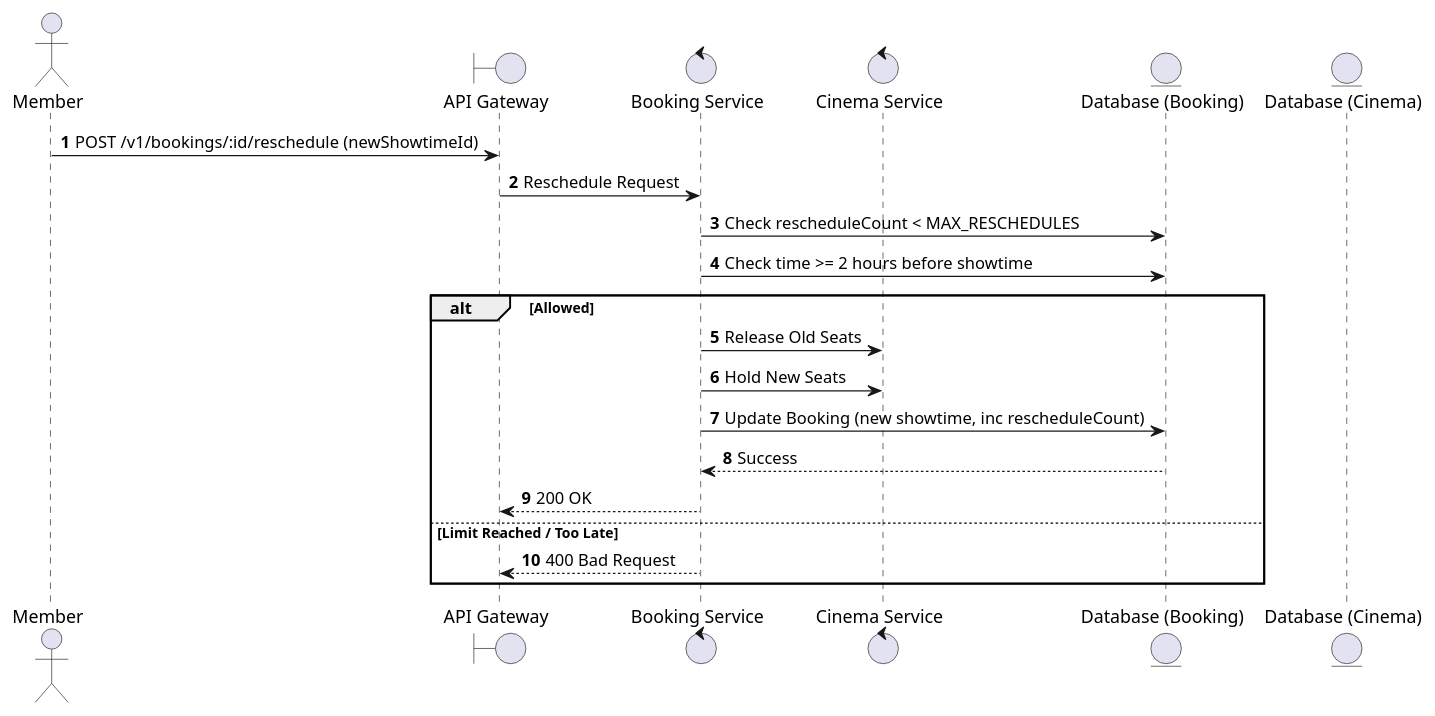
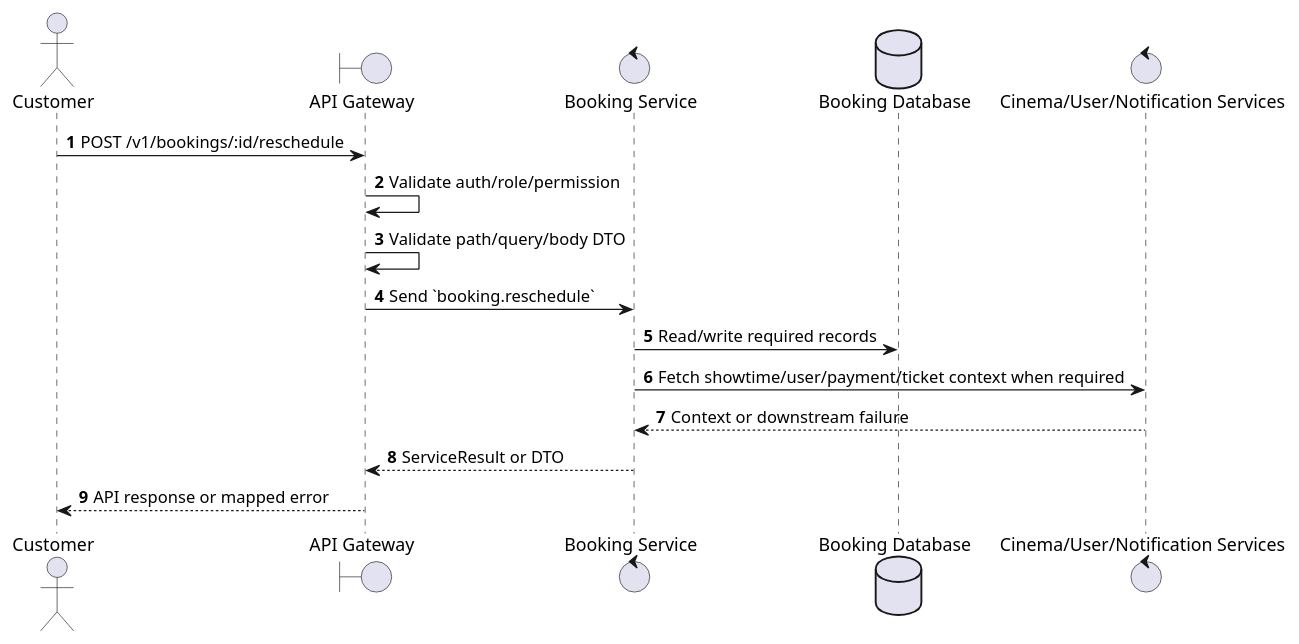
Before and after one commit to Tanh1603/movie-hub-architecture: the first of 2 diagrams in docs/functional_specs/3.5.1_User_Booking_Operations/BK-07_Reschedule_Booking.md, drawn with PlantUML. The commit also changed other lines of this file and 126 other files, not shown here.

````diff
--- a/docs/functional_specs/3.5.1_User_Booking_Operations/BK-07_Reschedule_Booking.md
+++ b/docs/functional_specs/3.5.1_User_Booking_Operations/BK-07_Reschedule_Booking.md
@@ -17,25 +17,20 @@
 ```plantuml
 @startuml
 autonumber
-actor Member
+actor "Customer" as Actor
 boundary "API Gateway" as GW
-control "Booking Service" as BS
-control "Cinema Service" as CS
-entity "Database (Booking)" as DB_B
-entity "Database (Cinema)" as DB_C
+control "Booking Service" as SVC
+database "Booking Database" as DB
+control "Cinema/User/Notification Services" as EXT
 
-Member -> GW: POST /v1/bookings/:id/reschedule (newShowtimeId)
-GW -> BS: Reschedule Request
-BS -> DB_B: Check rescheduleCount < MAX_RESCHEDULES
-BS -> DB_B: Check time >= 2 hours before showtime
-alt Allowed
-    BS -> CS: Release Old Seats
-    BS -> CS: Hold New Seats
-    BS -> DB_B: Update Booking (new showtime, inc rescheduleCount)
-    DB_B --> BS: Success
-    BS --> GW: 200 OK
-else Limit Reached / Too Late
-    BS --> GW: 400 Bad Request
-end
+Actor -> GW: POST /v1/bookings/:id/reschedule
+GW -> GW: Validate auth/role/permission
+GW -> GW: Validate path/query/body DTO
+GW -> SVC: Send `booking.reschedule`
+SVC -> DB: Read/write required records
+SVC -> EXT: Fetch showtime/user/payment/ticket context when required
+EXT --> SVC: Context or downstream failure
+SVC --> GW: ServiceResult or DTO
+GW --> Actor: API response or mapped error
 @enduml
 ```
````
